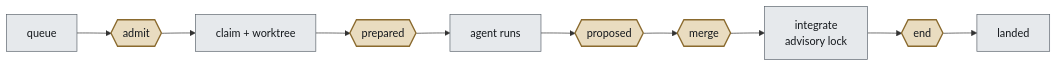
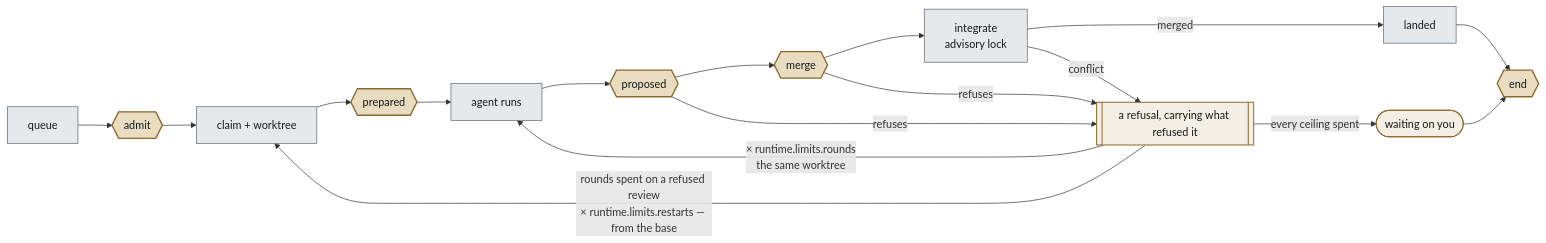
One commit to steven-zhc/lingtai changed the second of 2 diagrams in README.md. Above: the diagram before and after it, drawn with Mermaid. The commit also changed other lines of this file, not shown here.

Commit message:
docs(readme): the loop is not a line, and `end` is what every outcome reaches
The second diagram drew one arrow from `queue` to `landed` with nothing coming
back. A refusal was invisible in it, which made the five points look like a
conveyor with inspections rather than a loop with a return channel — and the
section beside it in architecture.html is titled *It is not a line*.

Two corrections:

- the refusal channel is drawn: `proposed`, `merge` and the integrator all feed
  one refusal, which returns to the agent in the worktree it is already standing
  in (0039, bounded by `runtime.limits.rounds`), releases the claim for a fresh
  pass from the base when those are spent on a refused review (0040, bounded by
  `runtime.limits.restarts`), and reaches a person only when every ceiling is
- `end` and `landed` were the wrong way round. `end` runs on every terminal
  outcome, so landing and waiting on you both flow into it; drawing it before
  `landed` said it was a step on the happy path, which is the reading that let
  it silently not run for every item that landed by another route.

Claude-Session: https://claude.ai/code/session_0117TacqJzPfdv8RhKVhVskm

````diff
--- a/README.md
+++ b/README.md
@@ -87,17 +87,28 @@
 ```mermaid
 flowchart LR
   Q[queue] --> A{{admit}}
   A --> C[claim + worktree]
   C --> P{{prepared}}
   P --> AG[agent runs]
   AG --> D{{proposed}}
   D --> M{{merge}}
   M --> I[integrate<br/>advisory lock]
-  I --> E{{end}}
-  E --> L[landed]
+  I -->|merged| L[landed]
+  L --> E{{end}}
+
+  D -->|refuses| R
+  M -->|refuses| R
+  I -->|conflict| R
+  R[["a refusal, carrying what refused it"]]
+  R -->|"× runtime.limits.rounds<br/>the same worktree"| AG
+  R -->|"rounds spent on a refused review<br/>× runtime.limits.restarts — from the base"| C
+  R -->|"every ceiling spent"| Y
+  Y(["waiting on you"]) --> E
 
   classDef gate fill:#e9dcc0,stroke:#8a6a2e,stroke-width:2px,color:#14181c;
   classDef core fill:#e6e9ec,stroke:#5c646d,color:#14181c;
+  classDef back fill:#f3efe4,stroke:#8a6a2e,stroke-width:1.5px,color:#14181c;
   class A,P,D,M,E gate;
   class Q,C,AG,I,L core;
+  class R,Y back;
 ```
````
